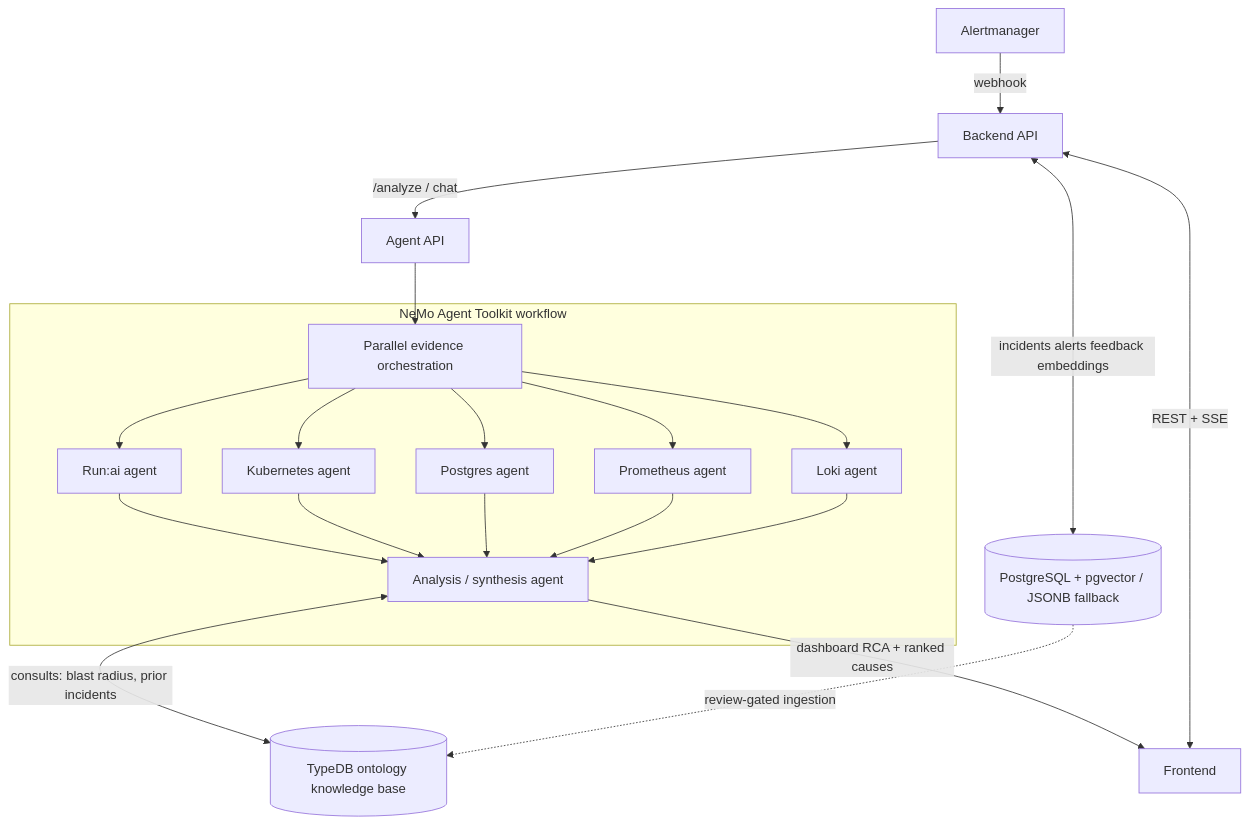
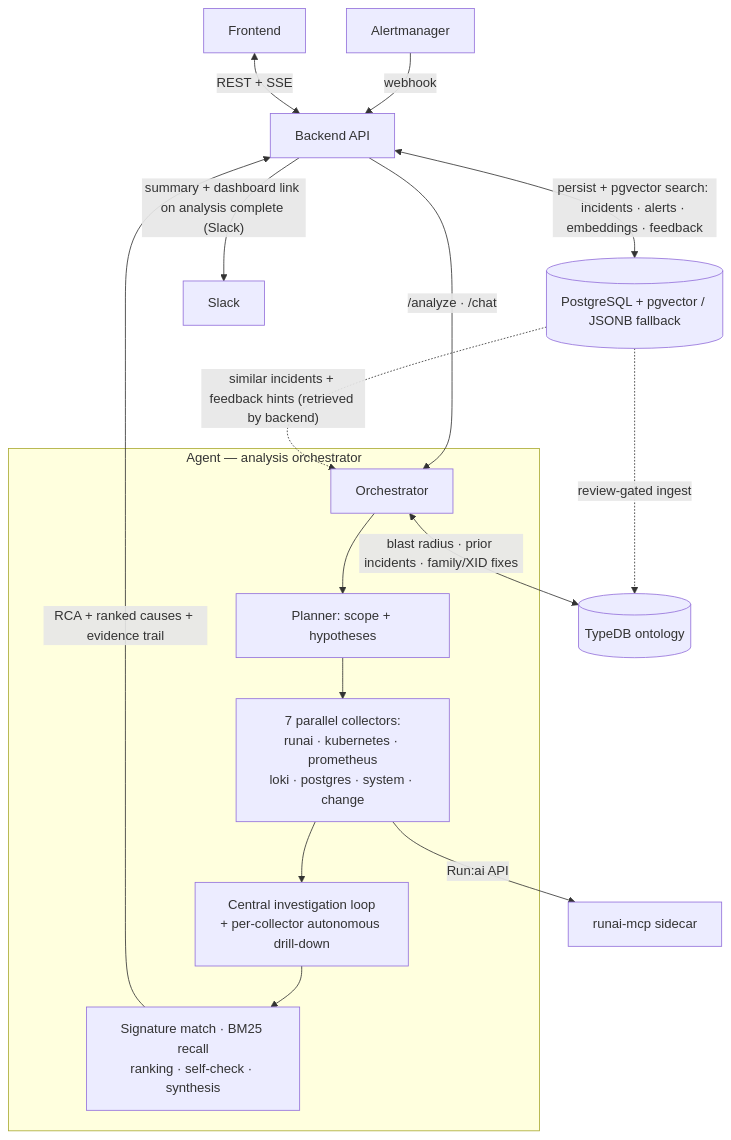
The diagram in README.md (uclix-nvidia-sw/runaiRCA), drawn with Mermaid before and after one commit. The commit also changed other lines of this file and 67 other files, not shown here.

First line of the commit message:
feat: autonomous agent drill-down + Run:ai topology knowledge + Slack summaries + KO docs (#28)

````diff
--- a/README.md
+++ b/README.md
@@ -23,25 +25,23 @@
 ```mermaid
 flowchart TD
   AM[Alertmanager] -->|webhook| BE[Backend API]
   FE[Frontend] <-->|REST + SSE| BE
-  BE -->|/analyze / chat| AG[Agent API]
-  BE <-->|incidents alerts feedback embeddings| DB[(PostgreSQL + pgvector / JSONB fallback)]
+  BE <-->|"persist + pgvector search: incidents · alerts · embeddings · feedback"| DB[(PostgreSQL + pgvector / JSONB fallback)]
+  BE -->|"summary + dashboard link on analysis complete (Slack)"| SLACK[Slack]
+  BE -->|"/analyze · /chat"| ORCH
 
-  subgraph "NeMo Agent Toolkit workflow"
-    ORCH[Parallel evidence orchestration]
-    RA[Run:ai agent]
-    KA[Kubernetes agent]
-    DBA[Postgres agent]
-    PA[Prometheus agent]
-    LA[Loki agent]
-    AA[Analysis / synthesis agent]
+  subgraph AG["Agent — analysis orchestrator"]
+    ORCH[Orchestrator]
+    PLAN[Planner: scope + hypotheses]
+    COLL["7 parallel collectors:<br/>runai · kubernetes · prometheus<br/>loki · postgres · system · change"]
+    INV["Central investigation loop<br/>+ per-collector autonomous drill-down"]
+    SYN["Signature match · BM25 recall<br/>ranking · self-check · synthesis"]
+    ORCH --> PLAN --> COLL --> INV --> SYN
   end
 
-  AG --> ORCH
-  ORCH --> RA & KA & DBA & PA & LA
-  RA & KA & DBA & PA & LA --> AA
-  AA <-->|"consults: blast radius, prior incidents"| KG[("TypeDB ontology knowledge base")]
-  AA -->|dashboard RCA + ranked causes| FE
-
-  DB -.->|review-gated ingestion| KG
+  DB -.->|"similar incidents + feedback hints (retrieved by backend)"| ORCH
+  ORCH <-->|"blast radius · prior incidents · family/XID fixes"| KG[("TypeDB ontology")]
+  COLL -->|Run:ai API| MCP[runai-mcp sidecar]
+  SYN -->|"RCA + ranked causes + evidence trail"| BE
+  DB -.->|review-gated ingest| KG
 ```
````
